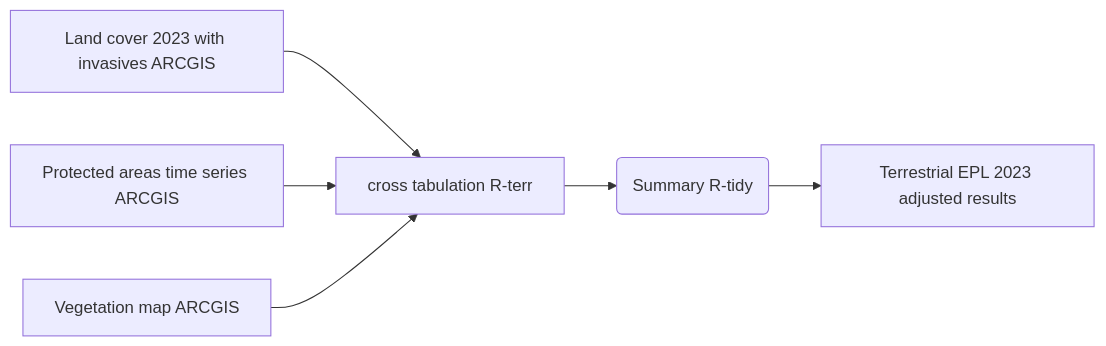
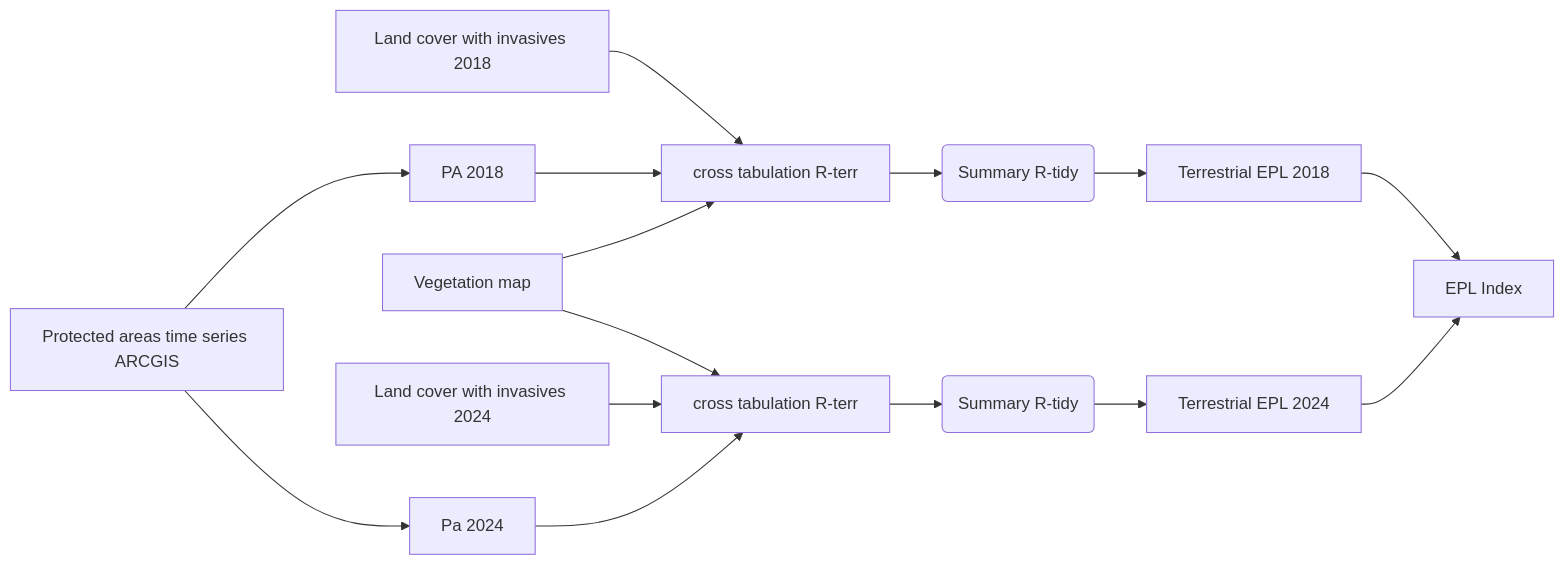
The diagram in README.md (askowno/EPL_terr), drawn with Mermaid before and after one commit. The commit also changed other lines of this file and 7 other files, not shown here.

````diff
--- a/README.md
+++ b/README.md
@@ -38,6 +17,11 @@
 ``` mermaid
-flowchart LR;  
-A[Land cover 2023 with invasives ARCGIS] --> B[cross tabulation R-terr] --> C(Summary R-tidy) --> D[Terrestrial EPL 2023 adjusted results];  
-E[Protected areas time series ARCGIS] --> B;  
-F[Vegetation map ARCGIS] --> B; 
+flowchart LR;   
+A[Land cover with invasives 2018] --> B[cross tabulation R-terr] --> C(Summary R-tidy) --> D[Terrestrial EPL 2018];   
+E[Protected areas time series ARCGIS] --> F[PA 2018] --> B;   
+G[Vegetation map] --> B; 
+H[Land cover with invasives 2024] --> I[cross tabulation R-terr] --> J(Summary R-tidy) --> K[Terrestrial EPL 2024]; 
+E --> L[Pa 2024] --> I;
+G --> I;
+K --> M[EPL Index]; 
+D --> M;
 ```
````
